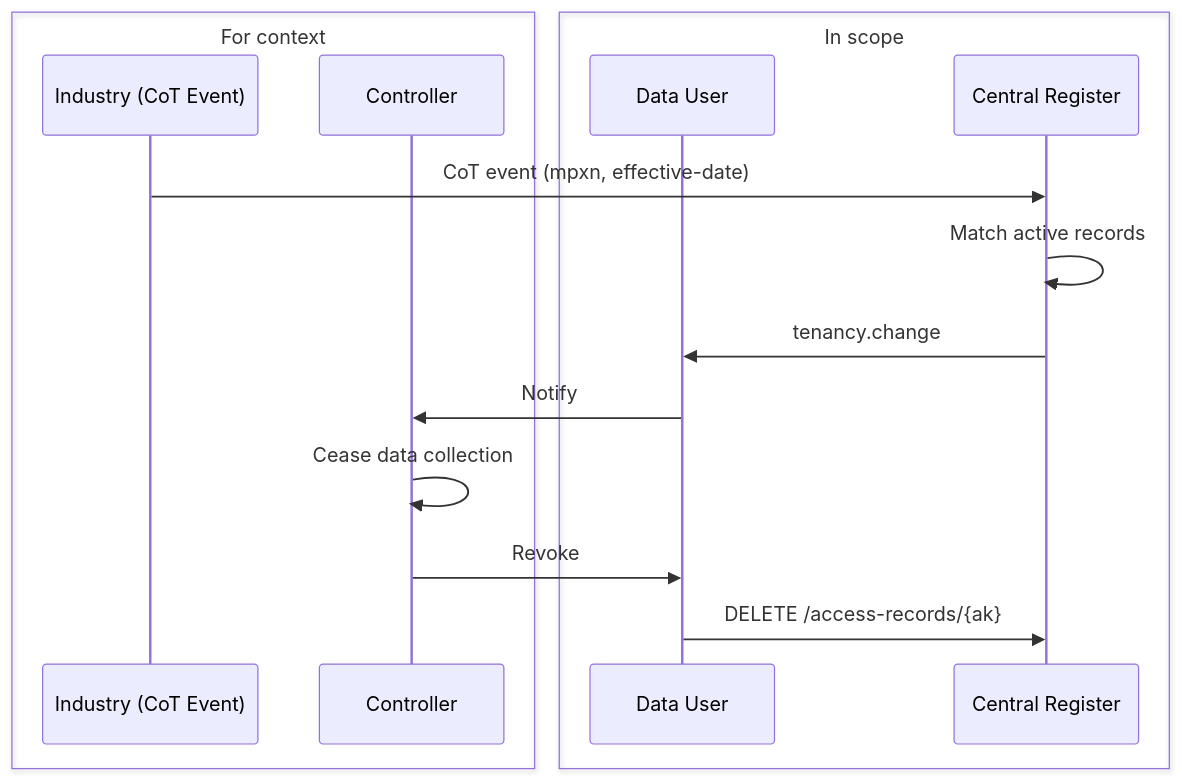
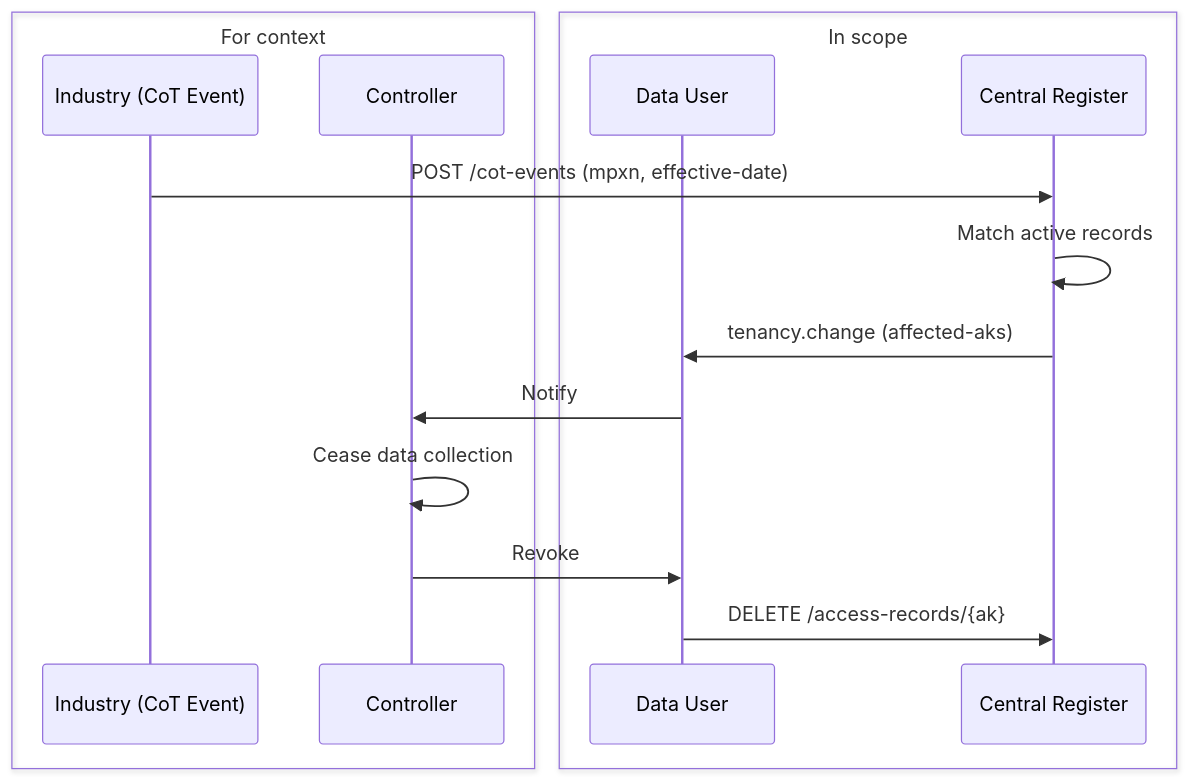
The seventh of 7 diagrams in docs/index.mdx (AuthEnergy/dar), drawn with Mermaid before and after one commit. The commit also changed other lines of this file and 4 other files, not shown here.

````diff
--- a/docs/index.mdx
+++ b/docs/index.mdx
@@ -158,19 +229,19 @@
 ```mermaid
 sequenceDiagram
     box For context
         participant Industry as Industry (CoT Event)
         participant Controller
     end
     box In scope
         participant DU as Data User
         participant CR as Central Register
     end
 
-    Industry->>CR: CoT event (mpxn, effective-date)
+    Industry->>CR: POST /cot-events (mpxn, effective-date)
     CR->>CR: Match active records
-    CR->>DU: tenancy.change
+    CR->>DU: tenancy.change (affected-aks)
     DU->>Controller: Notify
     Controller->>Controller: Cease data collection
     Controller->>DU: Revoke
     DU->>CR: DELETE /access-records/{ak}
 ```
````
